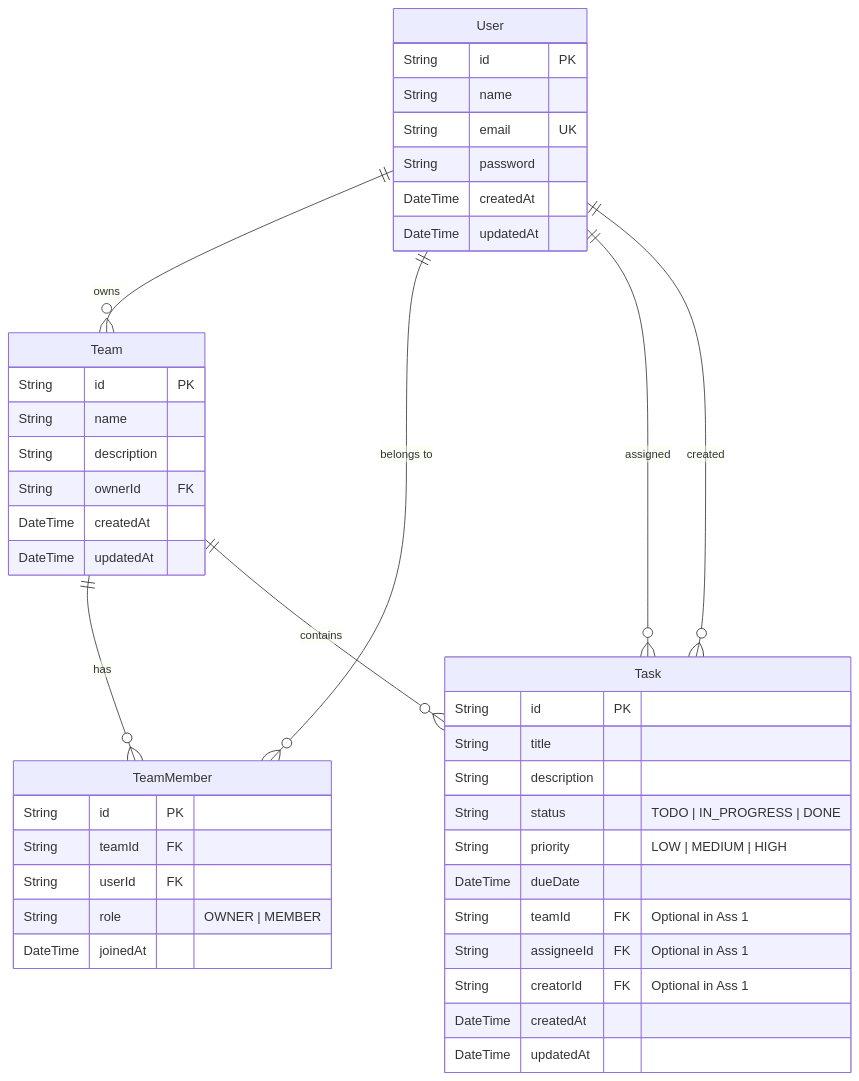
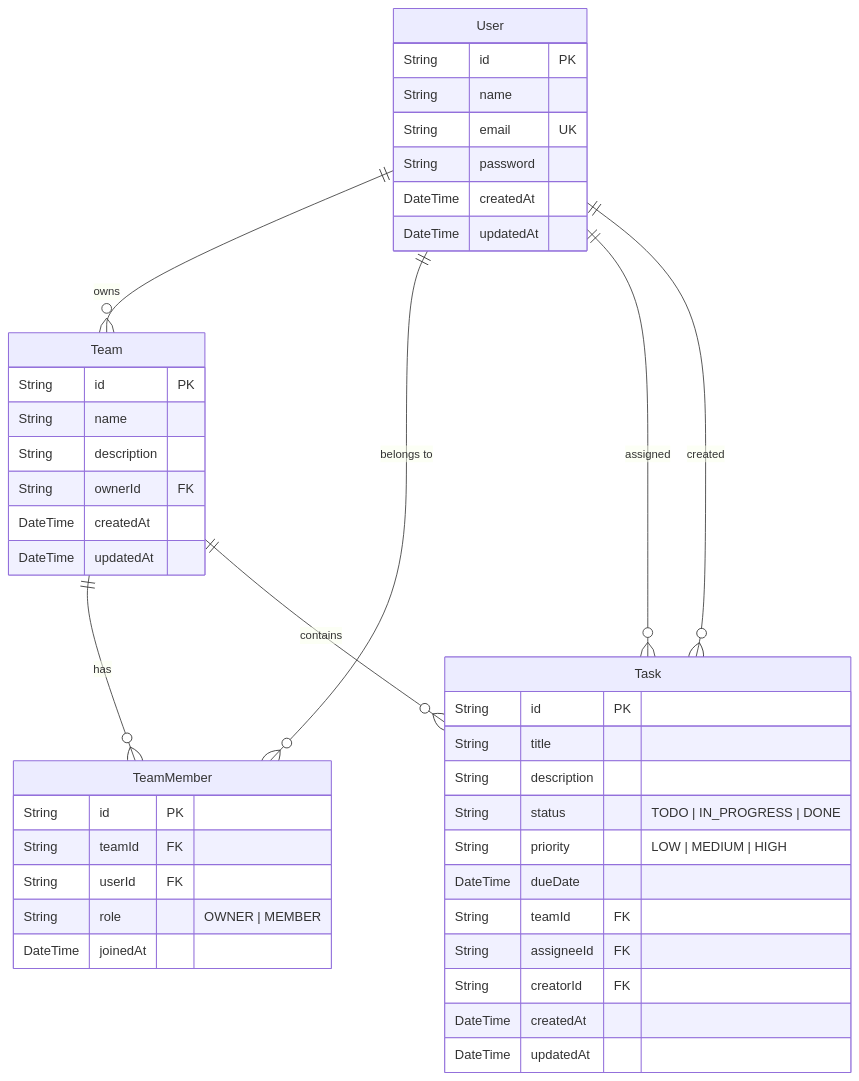
Before and after one commit to an2obanhmi/sdn302_1: the diagram in README.md, drawn with Mermaid. The commit also changed other lines of this file and 5 other files, not shown here.

````diff
--- a/README.md
+++ b/README.md
@@ -36,49 +32,49 @@
 ```mermaid
 erDiagram
     User ||--o{ Team : "owns"
     User ||--o{ TeamMember : "belongs to"
     User ||--o{ Task : "assigned"
     User ||--o{ Task : "created"
     Team ||--o{ TeamMember : "has"
     Team ||--o{ Task : "contains"
 
     User {
         String id PK
         String name
         String email UK
         String password
         DateTime createdAt
         DateTime updatedAt
     }
 
     Team {
         String id PK
         String name
         String description
         String ownerId FK
         DateTime createdAt
         DateTime updatedAt
     }
 
     TeamMember {
         String id PK
         String teamId FK
         String userId FK
         String role "OWNER | MEMBER"
         DateTime joinedAt
     }
 
     Task {
         String id PK
         String title
         String description
         String status "TODO | IN_PROGRESS | DONE"
         String priority "LOW | MEDIUM | HIGH"
         DateTime dueDate
-        String teamId FK "Optional in Ass 1"
-        String assigneeId FK "Optional in Ass 1"
-        String creatorId FK "Optional in Ass 1"
+        String teamId FK
+        String assigneeId FK
+        String creatorId FK
         DateTime createdAt
         DateTime updatedAt
     }
 ```
````
